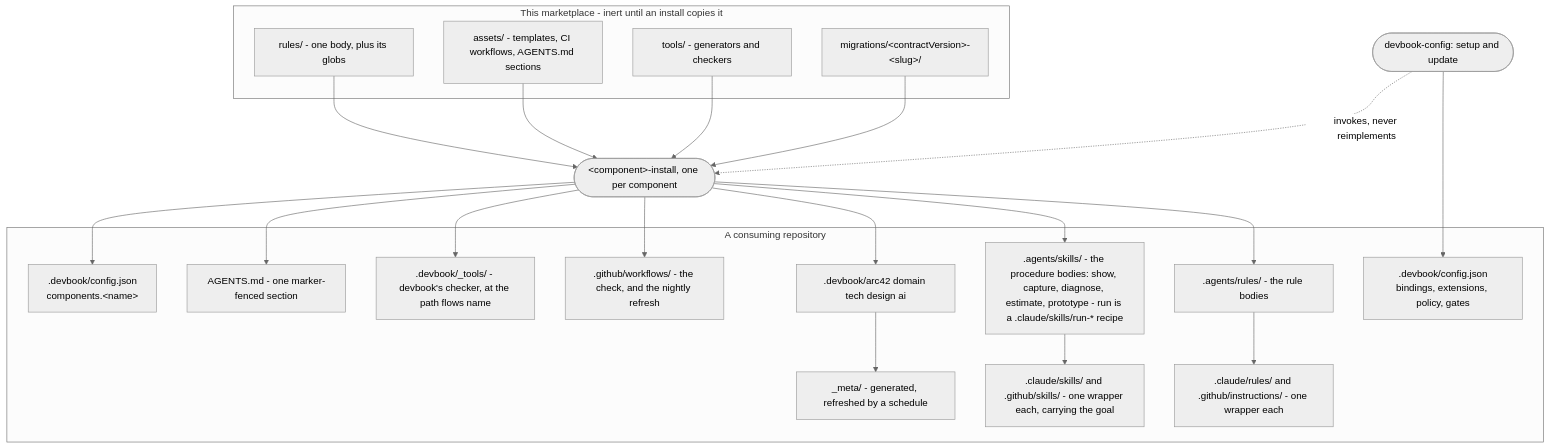
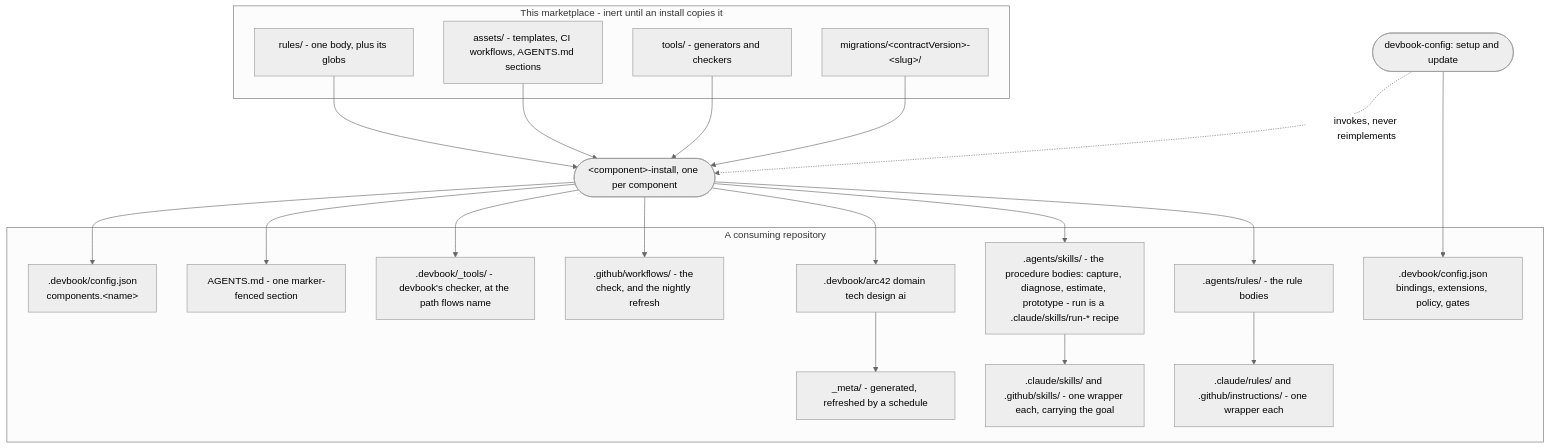
Before and after one commit to JSdotNet/ai-agent-stack: the third of 3 diagrams in .devbook/arc42/05-building-block-view.md, drawn with Mermaid (neutral theme). The commit also changed other lines of this file and 22 other files, not shown here.

````diff
--- a/.devbook/arc42/05-building-block-view.md
+++ b/.devbook/arc42/05-building-block-view.md
@@ -220,43 +220,43 @@
 ```mermaid
 flowchart TB
     subgraph mp["This marketplace - inert until an install copies it"]
         pr["rules/ - one body, plus its globs"]
         pa["assets/ - templates, CI workflows, AGENTS.md sections"]
         pt["tools/ - generators and checkers"]
         pm["migrations/&lt;contractVersion&gt;-&lt;slug&gt;/"]
     end
 
     setup(["devbook-config: setup and update"])
     inst(["&lt;component&gt;-install, one per component"])
 
     subgraph repo["A consuming repository"]
         ar[".agents/rules/ - the rule bodies"]
         cw[".claude/rules/ and .github/instructions/ - one wrapper each"]
-        sk[".agents/skills/ - the procedure bodies: show, capture, diagnose, estimate, prototype - run is a .claude/skills/run-* recipe"]
+        sk[".agents/skills/ - the procedure bodies: capture, diagnose, estimate, prototype - run is a .claude/skills/run-* recipe"]
         sw[".claude/skills/ and .github/skills/ - one wrapper each, carrying the goal"]
         folders[".devbook/arc42 domain tech design ai"]
         meta["_meta/ - generated, refreshed by a schedule"]
         wf[".github/workflows/ - the check, and the nightly refresh"]
         tools[".devbook/_tools/ - devbook's checker, at the path flows name"]
         agents["AGENTS.md - one marker-fenced section"]
         cfgE[".devbook/config.json<br/>bindings, extensions, policy, gates"]
         cfgC[".devbook/config.json<br/>components.&lt;name&gt;"]
     end
 
     pr --> inst
     pa --> inst
     pt --> inst
     pm --> inst
     inst --> ar
     ar --> cw
     inst --> sk
     sk --> sw
     inst --> folders
     inst --> wf
     inst --> tools
     inst --> agents
     inst --> cfgC
     setup --> cfgE
     setup -.->|"invokes, never reimplements"| inst
     folders --> meta
 ```
````
